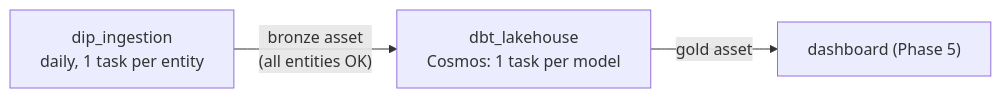
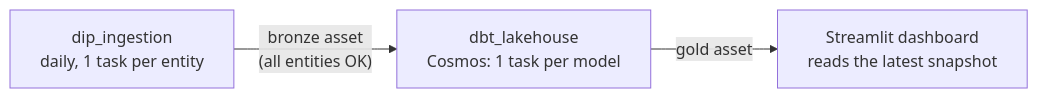
One commit to GeenccMustafa/bundestag-lakehouse changed the third of 3 diagrams in README.md. Above: the diagram before and after it, drawn with Mermaid. The commit also changed other lines of this file and 13 other files, not shown here.

First line of the commit message:
Phase 5: Streamlit dashboard on Gold (#17)

````diff
--- a/README.md
+++ b/README.md
@@ -102,5 +99,5 @@
 ```mermaid
 flowchart LR
     ing["dip_ingestion<br/>daily, 1 task per entity"] -- "bronze asset<br/>(all entities OK)" --> dbtdag["dbt_lakehouse<br/>Cosmos: 1 task per model"]
-    dbtdag -- "gold asset" --> next["dashboard (Phase 5)"]
+    dbtdag -- "gold asset" --> next["Streamlit dashboard<br/>reads the latest snapshot"]
 ```
````
